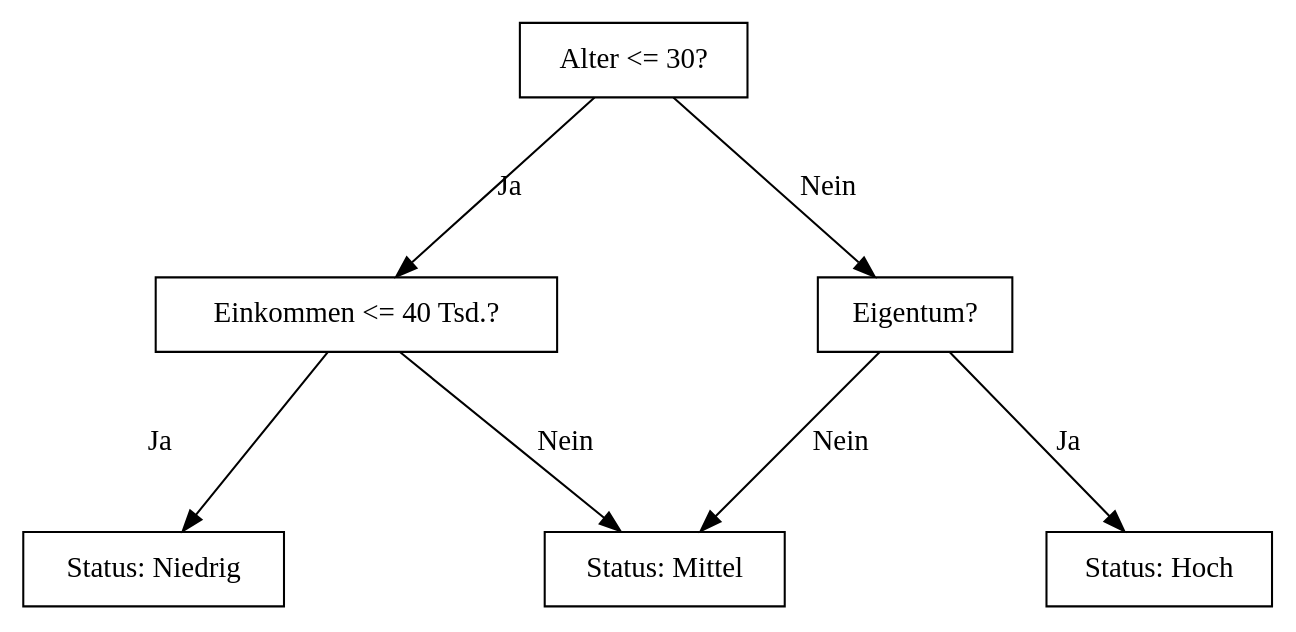
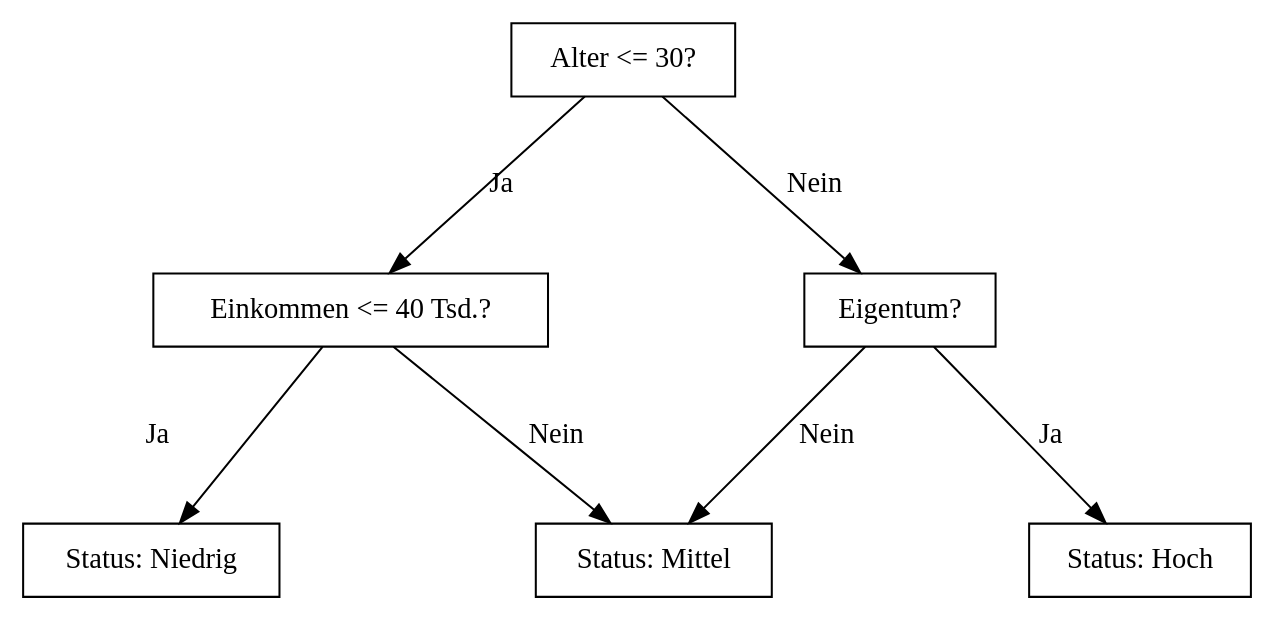
One commit to mca91/kasa_book changed the diagram in trees.qmd. Above: the diagram before and after it, drawn with Graphviz. The commit also changed other lines of this file and 22 other files, not shown here.

````diff
--- a/trees.qmd
+++ b/trees.qmd
@@ -44,27 +44,27 @@
 ```{dot}
-//| fig-width: 8
+//| fig-width: 6
 //| fig-height: 5
 //| fig-cap: "Entscheidungsbaum: Klassifikation von Kreditwürdigkeit"
 //| label: fig-exdectree
 digraph exdectree {
     node [shape=box];
     splines=false;
-    ranksep = 1;  // Abstand zwischen den Ebenen
-    nodesep = 1.75;   // Abstand zwischen den Knoten
-    margin = 0.3;    // Rand um den gesamten Baum
+    ranksep = 1;
+    nodesep = 1.75;
+    margin = 0.15;
 
     1 [label="Alter <= 30?"];
     2 [label="Einkommen <= 40 Tsd.?"];
     3 [label="Eigentum?"];
     4 [label="Status: Niedrig"];
     5 [label="Status: Mittel"];
     6 [label="Status: Hoch"];
 
     1 -> 2 [label="Ja"];
     1 -> 3 [label="Nein"];
     2 -> 4 [label="Ja"];
     2 -> 5 [label="Nein"];
     3 -> 6 [label="Ja"];
     3 -> 5 [label="Nein"];
 }
 ```
````
